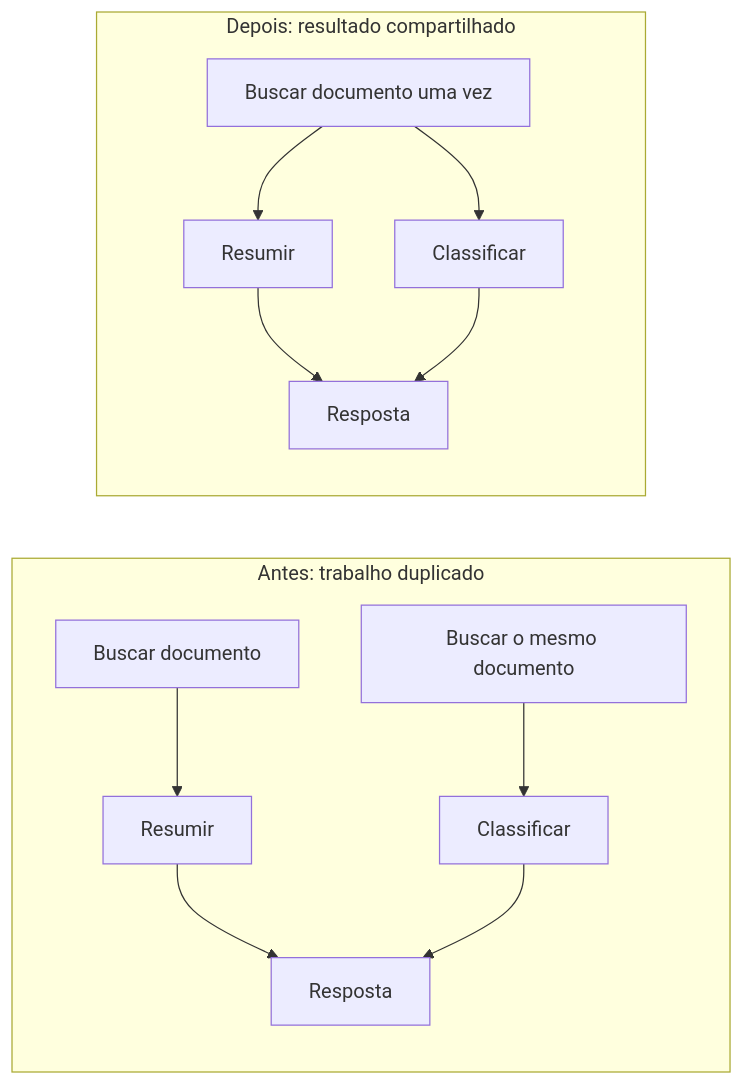
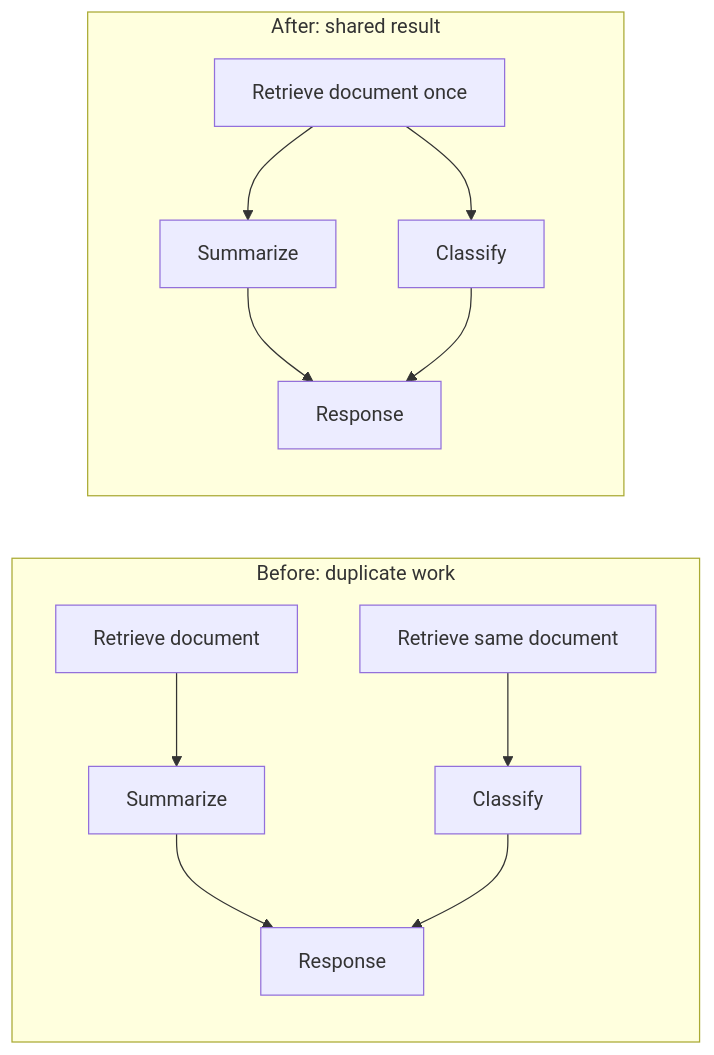
The fifth of 10 diagrams in README.md (joaomadruga/AgentCompiler), drawn with Mermaid before and after one commit. The commit also changed other lines of this file and 4 other files, not shown here.

````diff
--- a/README.md
+++ b/README.md
@@ -112,15 +112,15 @@
 ```mermaid
 flowchart LR
-    subgraph Before[Antes: trabalho duplicado]
-        A1[Buscar documento] --> B1[Resumir]
-        A2[Buscar o mesmo documento] --> C1[Classificar]
-        B1 --> D1[Resposta]
+    subgraph Before[Before: duplicate work]
+        A1[Retrieve document] --> B1[Summarize]
+        A2[Retrieve same document] --> C1[Classify]
+        B1 --> D1[Response]
         C1 --> D1
     end
-    subgraph After[Depois: resultado compartilhado]
-        A3[Buscar documento uma vez] --> B2[Resumir]
-        A3 --> C2[Classificar]
-        B2 --> D2[Resposta]
+    subgraph After[After: shared result]
+        A3[Retrieve document once] --> B2[Summarize]
+        A3 --> C2[Classify]
+        B2 --> D2[Response]
         C2 --> D2
     end
 ```
````
